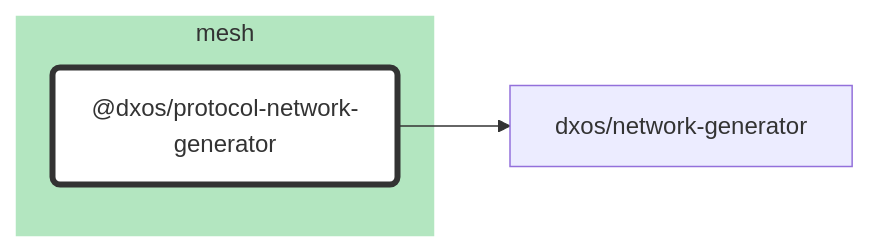
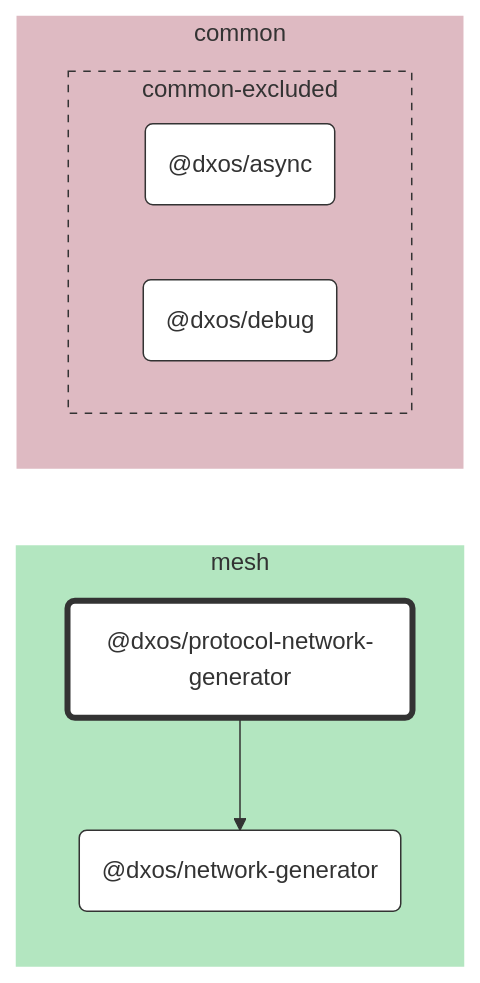
The diagram in packages/mesh/protocol-network-generator/docs/README.md (dxos/dxos), drawn with Mermaid before and after one commit. The commit also changed 65 other files, not shown here.

````diff
--- a/packages/mesh/protocol-network-generator/docs/README.md
+++ b/packages/mesh/protocol-network-generator/docs/README.md
@@ -7,21 +7,35 @@
 ```mermaid
 %%{ init: {'flowchart':{'curve':'basis'}} }%%
 
 flowchart LR
 
 %% Classes
 classDef def fill:#fff,stroke:#333,stroke-width:1px
 classDef root fill:#fff,stroke:#333,stroke-width:4px
 
 %% Nodes
 
 subgraph mesh [mesh]
   style mesh fill:#b3e6c0,stroke:#fff
   dxos/protocol-network-generator("@dxos/protocol-network-generator"):::root
   click dxos/protocol-network-generator "dxos/dxos/tree/main/packages/mesh/protocol-network-generator/docs"
+  dxos/network-generator("@dxos/network-generator"):::def
+  click dxos/network-generator "dxos/dxos/tree/main/packages/mesh/network-generator/docs"
+end
+
+subgraph common [common]
+  style common fill:#debac2,stroke:#fff
+
+  subgraph common-excluded [common-excluded]
+    style common-excluded fill:#debac2,stroke:#333,stroke-dasharray:5 5
+    dxos/async("@dxos/async"):::def
+    click dxos/async "dxos/dxos/tree/main/packages/common/async/docs"
+    dxos/debug("@dxos/debug"):::def
+    click dxos/debug "dxos/dxos/tree/main/packages/common/debug/docs"
+  end
 end
 
 %% Links
 linkStyle default stroke:#333,stroke-width:1px
 dxos/protocol-network-generator --> dxos/network-generator
 ```
````
